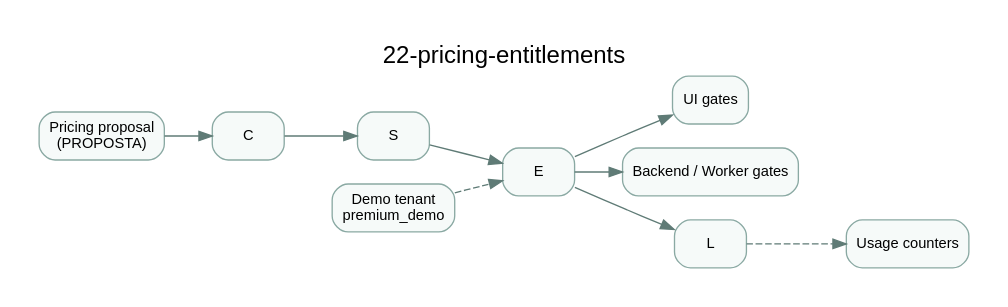
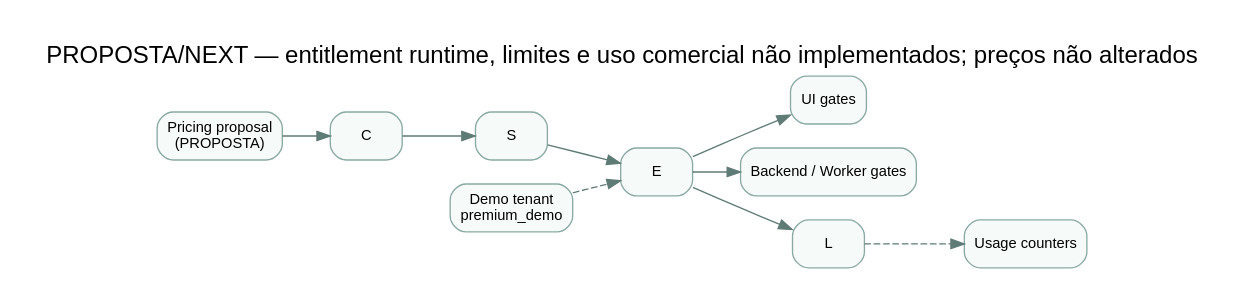
One commit to CristianoRFB/Dentista changed the diagram in docs/versions/v01-multitenant-whitelabel/diagrams/source/22-pricing-entitlements.dot. Above: the diagram before and after it, drawn with Graphviz. The commit also changed 35 other files, not shown here.

```diff
--- a/docs/versions/v01-multitenant-whitelabel/diagrams/source/22-pricing-entitlements.dot
+++ b/docs/versions/v01-multitenant-whitelabel/diagrams/source/22-pricing-entitlements.dot
@@ -1,23 +1,23 @@
 digraph G {
   rankdir=LR;
-  graph [bgcolor="white", pad="0.3", label="22-pricing-entitlements", labelloc=t, fontsize=18, fontname="Arial"];
+  graph [bgcolor="white", pad="0.3", label="PROPOSTA/NEXT — entitlement runtime, limites e uso comercial não implementados; preços não alterados", labelloc=t, fontsize=18, fontname="Arial"];
   node [shape=box, style="rounded,filled", fillcolor="#f6faf9", color="#8aa9a3", fontname="Arial", fontsize=11];
   edge [color="#5f7b76", fontname="Arial", fontsize=9];
   "P" [label="Pricing proposal\n(PROPOSTA)"];
   "C" [label="C"];
   "S" [label="S"];
   "E" [label="E"];
   "UI" [label="UI gates"];
   "BE" [label="Backend / Worker gates"];
   "L" [label="L"];
   "U" [label="Usage counters"];
   "D" [label="Demo tenant\npremium_demo"];
   "P" -> "C";
   "C" -> "S";
   "S" -> "E";
   "E" -> "UI";
   "E" -> "BE";
   "E" -> "L";
   "L" -> "U" [style=dashed];
   "D" -> "E" [style=dashed];
 }
```
